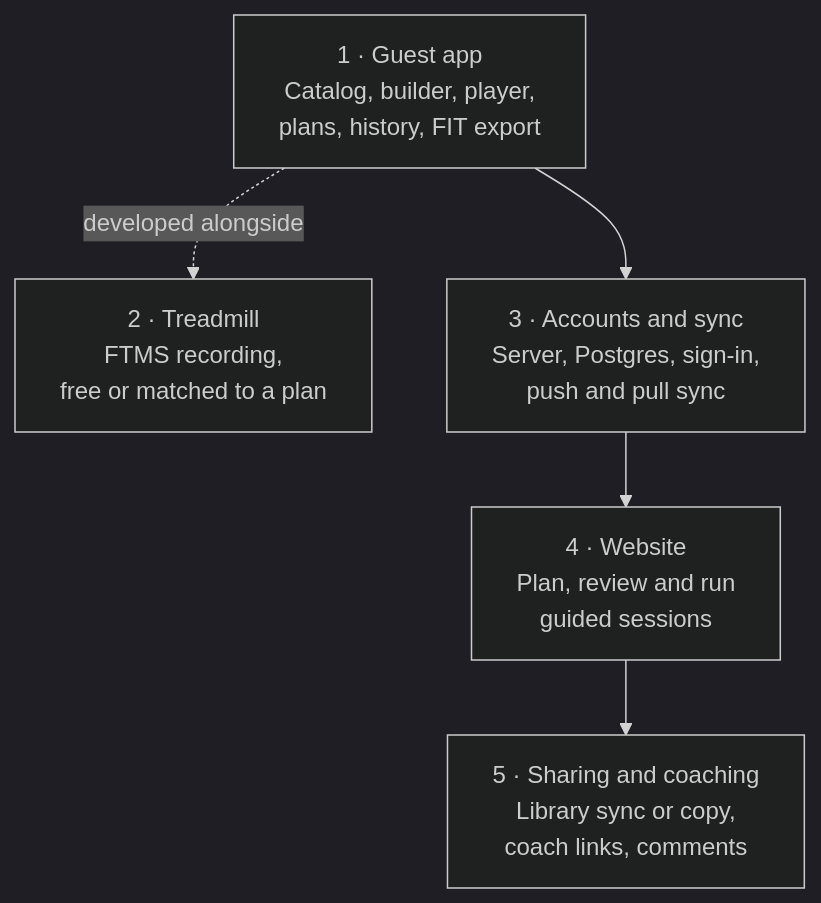
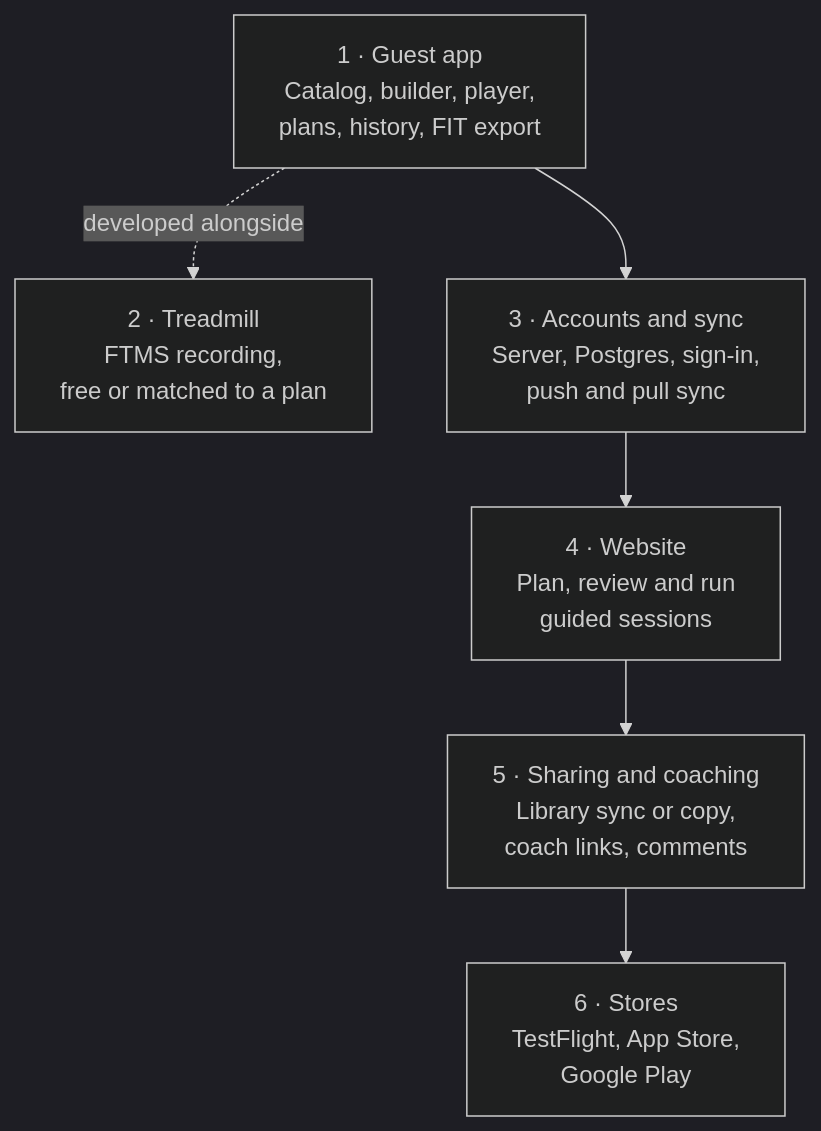
One commit to tkint/coach-poulpy changed the first of 4 diagrams in docs/architecture.md. Above: the diagram before and after it, drawn with Mermaid (dark theme). The commit also changed 2 other files, not shown here.

Commit message:
docs: bring the roadmap up to date and add a Stores phase
Claude-Session: https://claude.ai/code/session_01LFUsjdxHqfPiGULxDdpBUr

````diff
--- a/docs/architecture.md
+++ b/docs/architecture.md
@@ -7,12 +7,13 @@
 ```mermaid
 flowchart TD
     guest["1 · Guest app<br/>Catalog, builder, player,<br/>plans, history, FIT export"]
     treadmill["2 · Treadmill<br/>FTMS recording,<br/>free or matched to a plan"]
     accounts["3 · Accounts and sync<br/>Server, Postgres, sign-in,<br/>push and pull sync"]
     website["4 · Website<br/>Plan, review and run<br/>guided sessions"]
     sharing["5 · Sharing and coaching<br/>Library sync or copy,<br/>coach links, comments"]
+    stores["6 · Stores<br/>TestFlight, App Store,<br/>Google Play"]
 
     guest --> accounts
     guest -. developed alongside .-> treadmill
-    accounts --> website --> sharing
+    accounts --> website --> sharing --> stores
 ```
````
